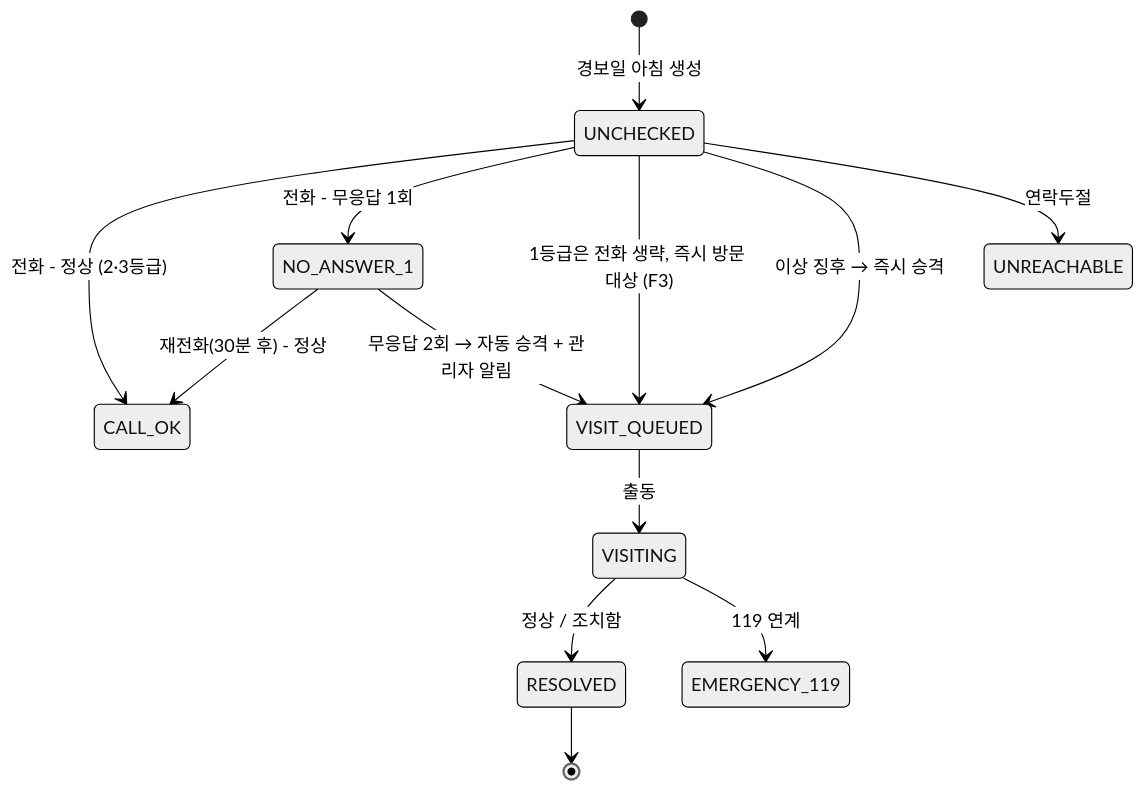
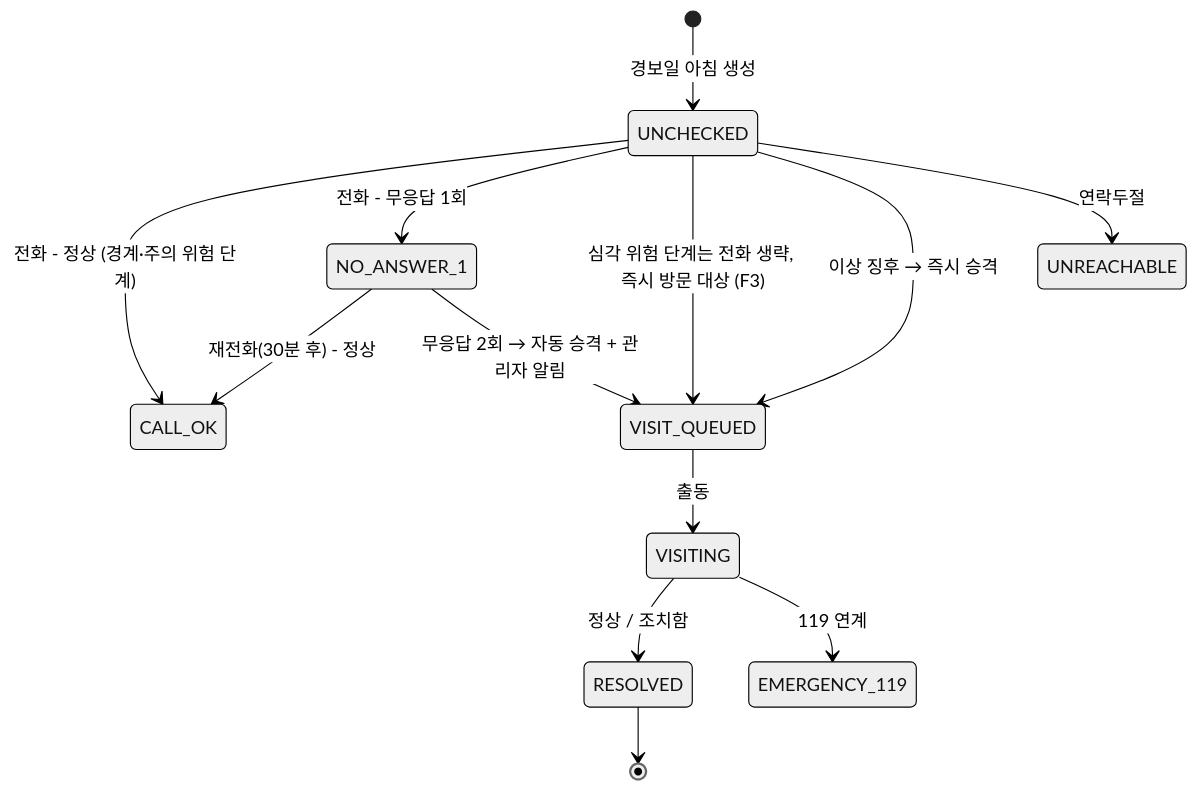
The third of 3 diagrams in docs/architecture.md (NO-TOKEN-NO-WORK/this-house-first), drawn with Mermaid (neutral theme) before and after one commit. The commit also changed other lines of this file and 52 other files, not shown here.

````diff
--- a/docs/architecture.md
+++ b/docs/architecture.md
@@ -117,15 +117,15 @@
 ```mermaid
 stateDiagram-v2
     [*] --> UNCHECKED : 경보일 아침 생성
-    UNCHECKED --> CALL_OK : 전화 - 정상 (2·3등급)
+    UNCHECKED --> CALL_OK : 전화 - 정상 (경계·주의 위험 단계)
     UNCHECKED --> NO_ANSWER_1 : 전화 - 무응답 1회
-    UNCHECKED --> VISIT_QUEUED : 1등급은 전화 생략, 즉시 방문 대상 (F3)
+    UNCHECKED --> VISIT_QUEUED : 심각 위험 단계는 전화 생략, 즉시 방문 대상 (F3)
     NO_ANSWER_1 --> CALL_OK : 재전화(30분 후) - 정상
     NO_ANSWER_1 --> VISIT_QUEUED : 무응답 2회 → 자동 승격 + 관리자 알림
     UNCHECKED --> VISIT_QUEUED : 이상 징후 → 즉시 승격
     UNCHECKED --> UNREACHABLE : 연락두절
     VISIT_QUEUED --> VISITING : 출동
     VISITING --> RESOLVED : 정상 / 조치함
     VISITING --> EMERGENCY_119 : 119 연계
     RESOLVED --> [*]
 ```
````
